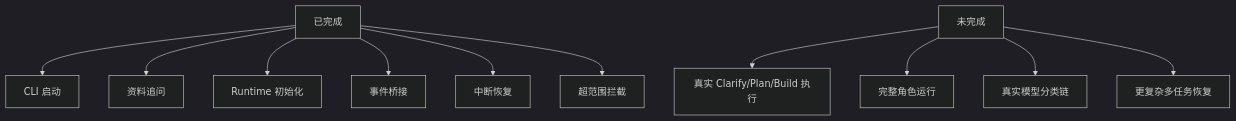
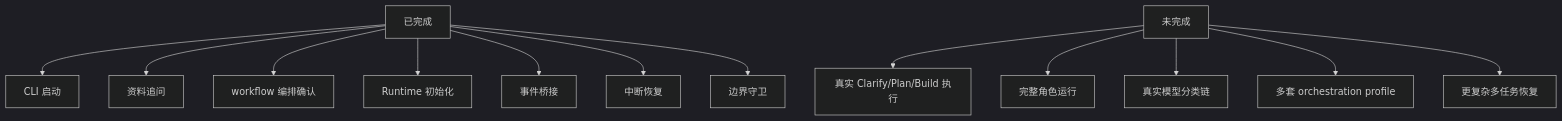
Before and after one commit to AryzingKhaos/AegisFlow: diagram 17 of 17 in roleflow/implementation/0.1.0/delivery/default-workflow-intake-layer-code-walkthrough.md, drawn with Mermaid (dark theme). The commit also changed other lines of this file and 10 other files, not shown here.

````diff
--- a/roleflow/implementation/0.1.0/delivery/default-workflow-intake-layer-code-walkthrough.md
+++ b/roleflow/implementation/0.1.0/delivery/default-workflow-intake-layer-code-walkthrough.md
@@ -460,13 +482,15 @@
 ```mermaid
 flowchart TD
     A[已完成] --> A1[CLI 启动]
     A --> A2[资料追问]
-    A --> A3[Runtime 初始化]
-    A --> A4[事件桥接]
-    A --> A5[中断恢复]
-    A --> A6[超范围拦截]
+    A --> A3[workflow 编排确认]
+    A --> A4[Runtime 初始化]
+    A --> A5[事件桥接]
+    A --> A6[中断恢复]
+    A --> A7[边界守卫]
     B[未完成] --> B1[真实 Clarify/Plan/Build 执行]
     B --> B2[完整角色运行]
     B --> B3[真实模型分类链]
-    B --> B4[更复杂多任务恢复]
+    B --> B4[多套 orchestration profile]
+    B --> B5[更复杂多任务恢复]
 ```
````
